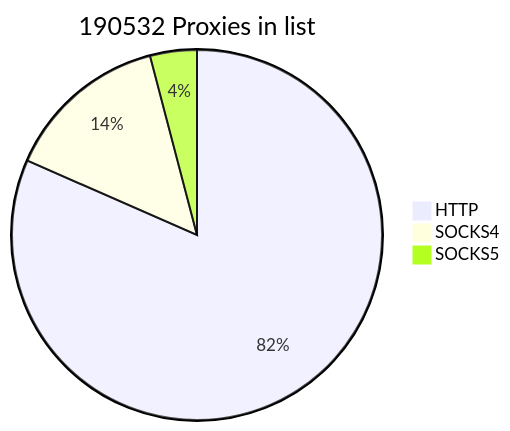
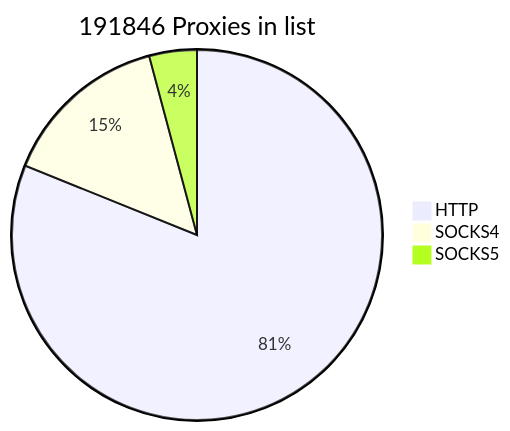
One commit to cutipu/proxylist changed the first of 2 diagrams in README.md. Above: the diagram before and after it, drawn with Mermaid. The commit also changed other lines of this file, not shown here.

````diff
--- a/README.md
+++ b/README.md
@@ -2,7 +2,7 @@
 ```mermaid
-pie title 190532 Proxies in list
-    "HTTP" : 155436
-    "SOCKS4" : 27317
-    "SOCKS5" : 7779
+pie title 191846 Proxies in list
+    "HTTP" : 155605
+    "SOCKS4" : 28265
+    "SOCKS5" : 7976
             
 ```
````
